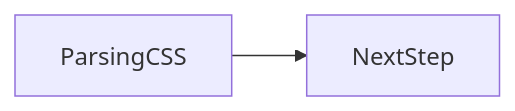
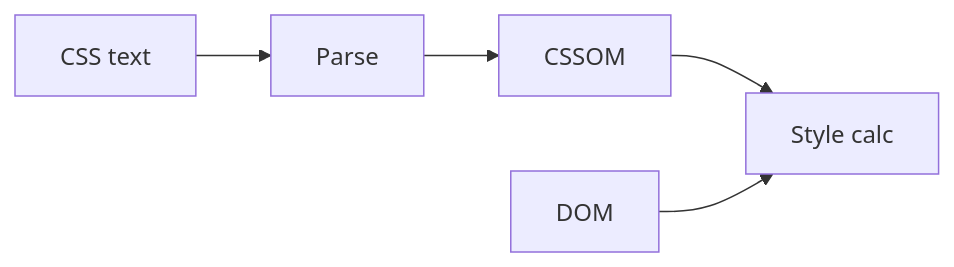
The second of 2 diagrams in docs/en/03-browser/parsing-css/index.md (OmidJavaherii/Frontend-Engineering-Handbook), drawn with Mermaid before and after one commit. The commit also changed other lines of this file and 461 other files, not shown here.

````diff
--- a/docs/en/03-browser/parsing-css/index.md
+++ b/docs/en/03-browser/parsing-css/index.md
@@ -96,4 +109,5 @@
 ```mermaid
 flowchart LR
-  concept[ParsingCSS] --> nextStep[NextStep]
+  CSS[CSS text] --> Parse --> CSSOM --> Cascade[Style calc]
+  DOM --> Cascade
 ```
````
